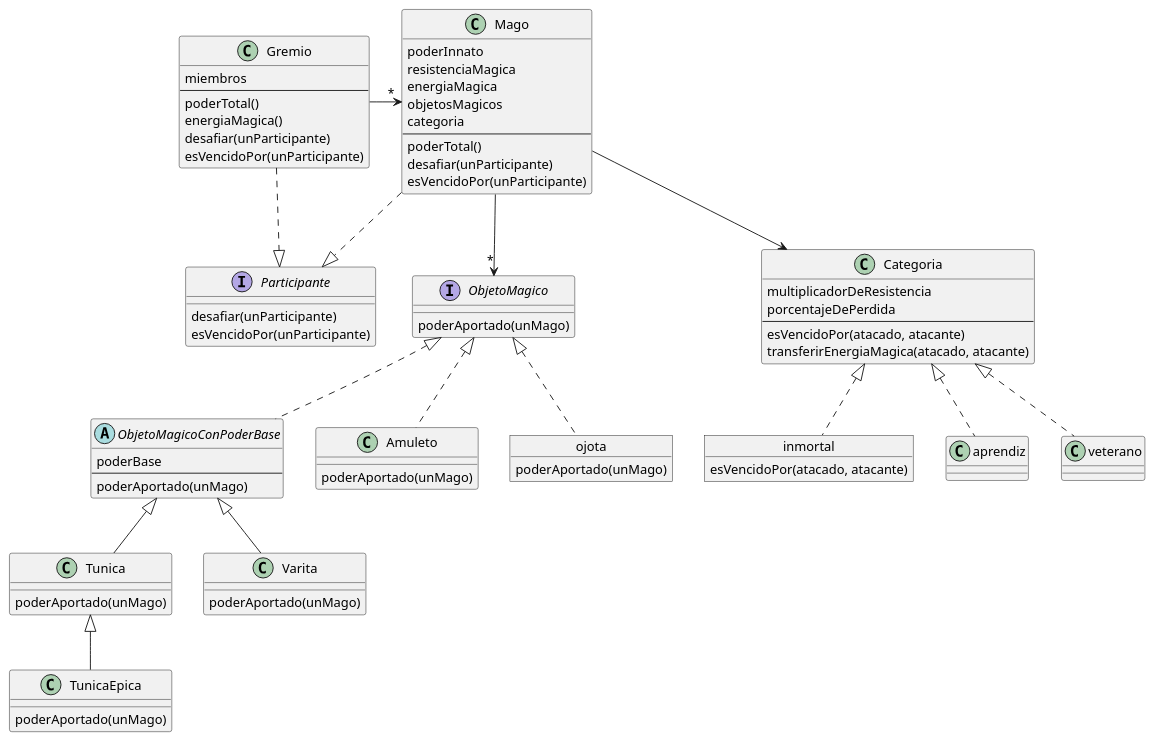
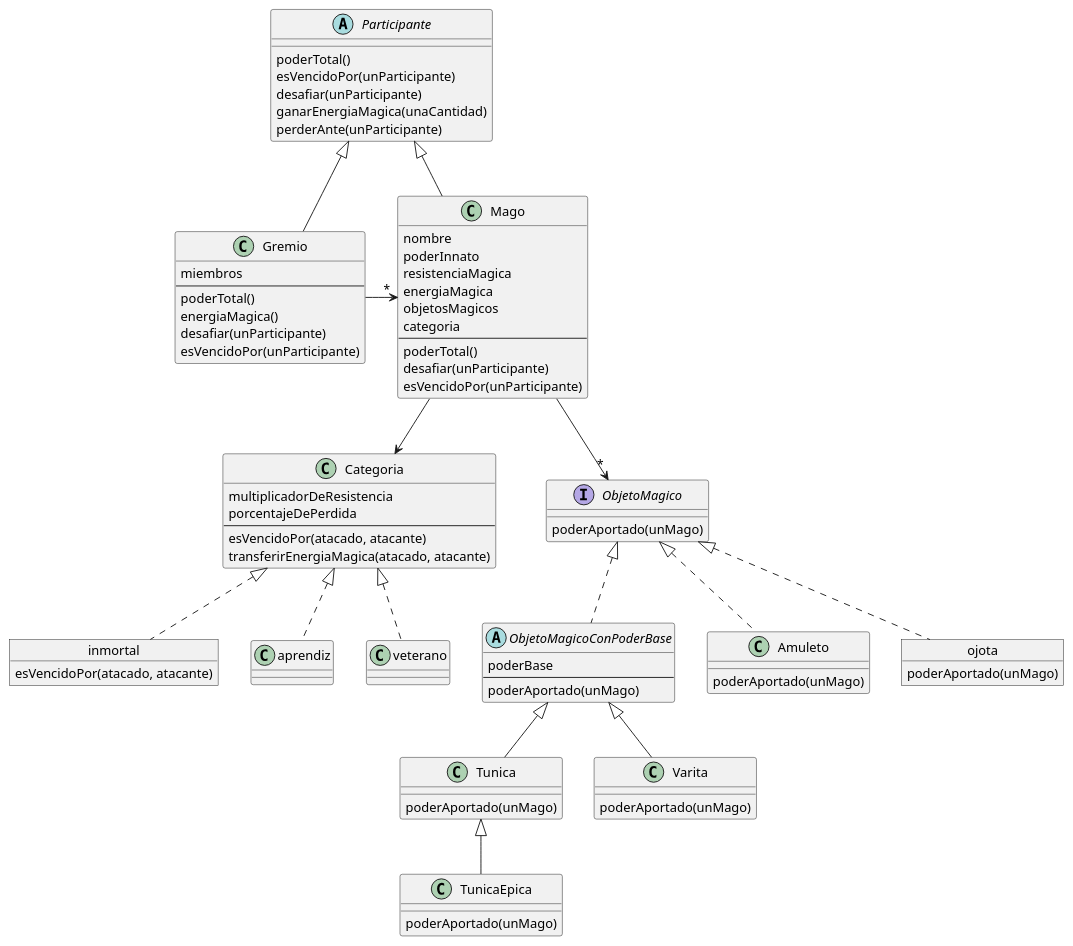
The diagram in rizzitano_recuperatorio_objetos/diagrama_solucion.plantuml (lrizzitano/rizzitano_recuperatorio_objetos), drawn with PlantUML before and after one commit. The commit also changed 3 other files, not shown here.

```diff
--- a/rizzitano_recuperatorio_objetos/diagrama_solucion.plantuml
+++ b/rizzitano_recuperatorio_objetos/diagrama_solucion.plantuml
@@ -1,90 +1,94 @@
 @startuml torneoDeMagos
 
-interface Participante {
+abstract class Participante {
+    poderTotal()
+    esVencidoPor(unParticipante)
     desafiar(unParticipante)
-    esVencidoPor(unParticipante)
+    ganarEnergiaMagica(unaCantidad)
+    perderAnte(unParticipante)
 }
 
 class Mago {
+    nombre
     poderInnato
     resistenciaMagica
     energiaMagica
     objetosMagicos
     categoria
     --
     poderTotal()
     desafiar(unParticipante)
     esVencidoPor(unParticipante)
 }
 
 class Gremio {
     miembros
     --
     poderTotal()
     energiaMagica()
     desafiar(unParticipante)
     esVencidoPor(unParticipante)
 }
 
 class Categoria {
     multiplicadorDeResistencia
     porcentajeDePerdida
     --
     esVencidoPor(atacado, atacante)
     transferirEnergiaMagica(atacado, atacante)
 }
 
 object inmortal {
     esVencidoPor(atacado, atacante)
 }
 
 interface ObjetoMagico {
     poderAportado(unMago)
 }
 
 abstract class ObjetoMagicoConPoderBase {
     poderBase
     --
     poderAportado(unMago)
 }
 
 class Varita {
     poderAportado(unMago)
 }
 
 class Tunica {
     poderAportado(unMago)
 }
 
 class TunicaEpica {
     poderAportado(unMago)
 }
 
 class Amuleto {
     poderAportado(unMago)
 }
 
 object ojota {
     poderAportado(unMago)
 }
 
-Mago ..|> Participante
-Gremio ..|> Participante
+Mago -u-|> Participante
+Gremio -u-|> Participante
 Gremio -> "*" Mago
 
 Mago --> "*" ObjetoMagico
 Mago --> Categoria
 
 Amuleto .u.|> ObjetoMagico
 ojota .u.|> ObjetoMagico
 ObjetoMagicoConPoderBase .u.|> ObjetoMagico
 
 Varita -u-|> ObjetoMagicoConPoderBase
 Tunica -u-|> ObjetoMagicoConPoderBase
 TunicaEpica -u-|> Tunica
 
 aprendiz .u.|> Categoria
 veterano .u.|> Categoria
 inmortal .u.|> Categoria
 
 @enduml
```
